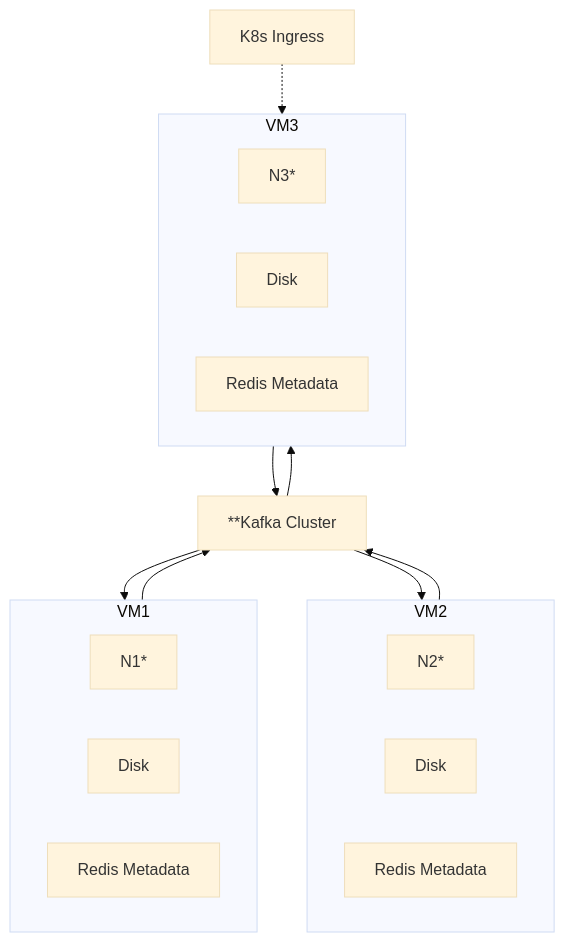
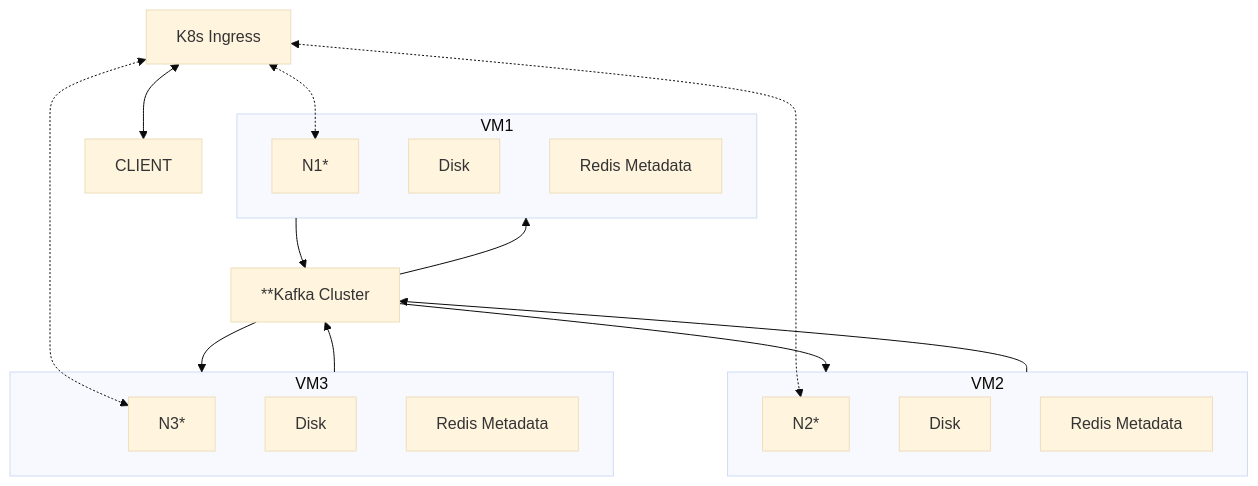
One commit to UniversityOfHelsinkiCS/distributed-file-system changed the diagram in README.md. Above: the diagram before and after it, drawn with Mermaid (base theme).

````diff
--- a/README.md
+++ b/README.md
@@ -3,31 +3,37 @@
 ```mermaid
 graph TD;
     subgraph VM1
         N1*
         Disk1[Disk]
         Redis1[Redis Metadata]
     end
 
     Kafka[**Kafka Cluster];
 
     subgraph VM2
         N2*
         Disk2[Disk]
         Redis2[Redis Metadata]
     end
 
     subgraph VM3
         N3*
         Disk3[Disk]
         Redis3[Redis Metadata]
     end
 
-    K8s[K8s Ingress] -.-> VM3;
+    CLIENT
+
+    K8s[K8s Ingress] <--> CLIENT;
+
+    K8s <-.-> N1*;
+    K8s <-.-> N2*;
+    K8s <-.-> N3*;
 
     VM1 --> Kafka;
     Kafka --> VM1;
     VM2 --> Kafka;
     Kafka --> VM2;
     VM3 --> Kafka;
     Kafka --> VM3;
 ```
````
